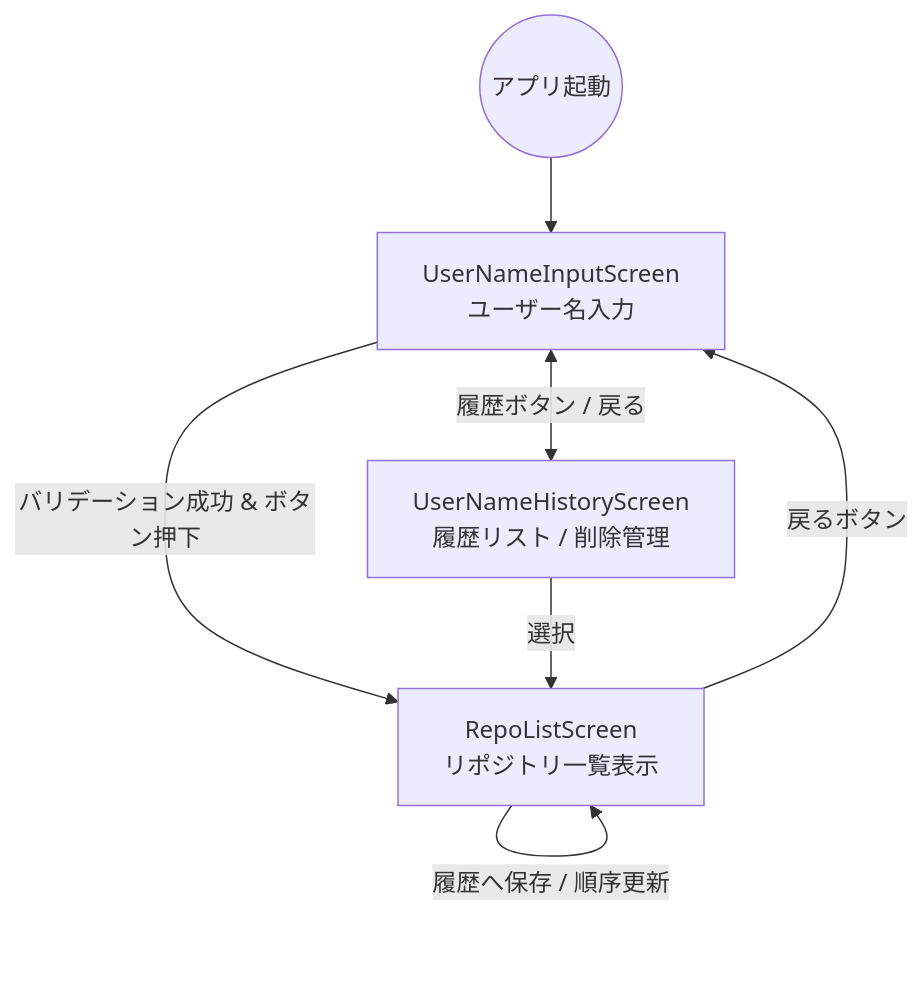
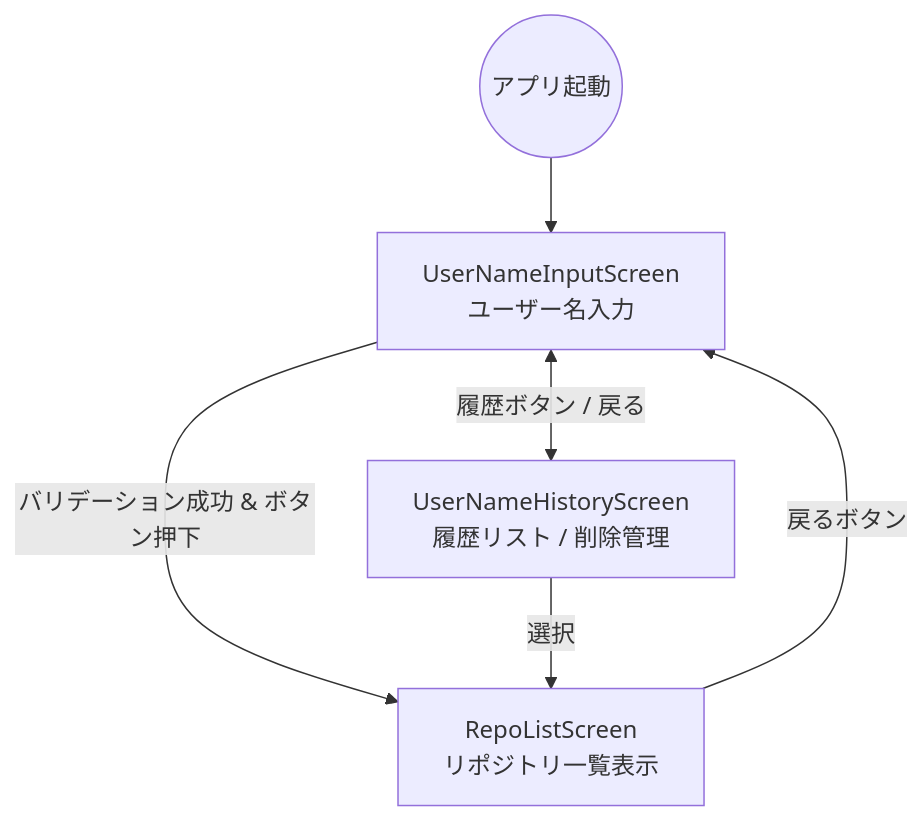
One commit to yono-ms/SamplePandaAI changed the diagram in docs/features/01_USER_NAME_INPUT.md. Above: the diagram before and after it, drawn with Mermaid. The commit also changed other lines of this file and 17 other files, not shown here.

````diff
--- a/docs/features/01_USER_NAME_INPUT.md
+++ b/docs/features/01_USER_NAME_INPUT.md
@@ -25,9 +23,8 @@
 ```mermaid
 graph TD
     Start((アプリ起動)) --> Input[UserNameInputScreen<br/>ユーザー名入力]
     Input <-->|履歴ボタン / 戻る| History[UserNameHistoryScreen<br/>履歴リスト / 削除管理]
     Input -->|バリデーション成功 & ボタン押下| List[RepoListScreen<br/>リポジトリ一覧表示]
     History -->|選択| List
-    List -->|履歴へ保存 / 順序更新| List
     List -->|戻るボタン| Input
 ```
````
